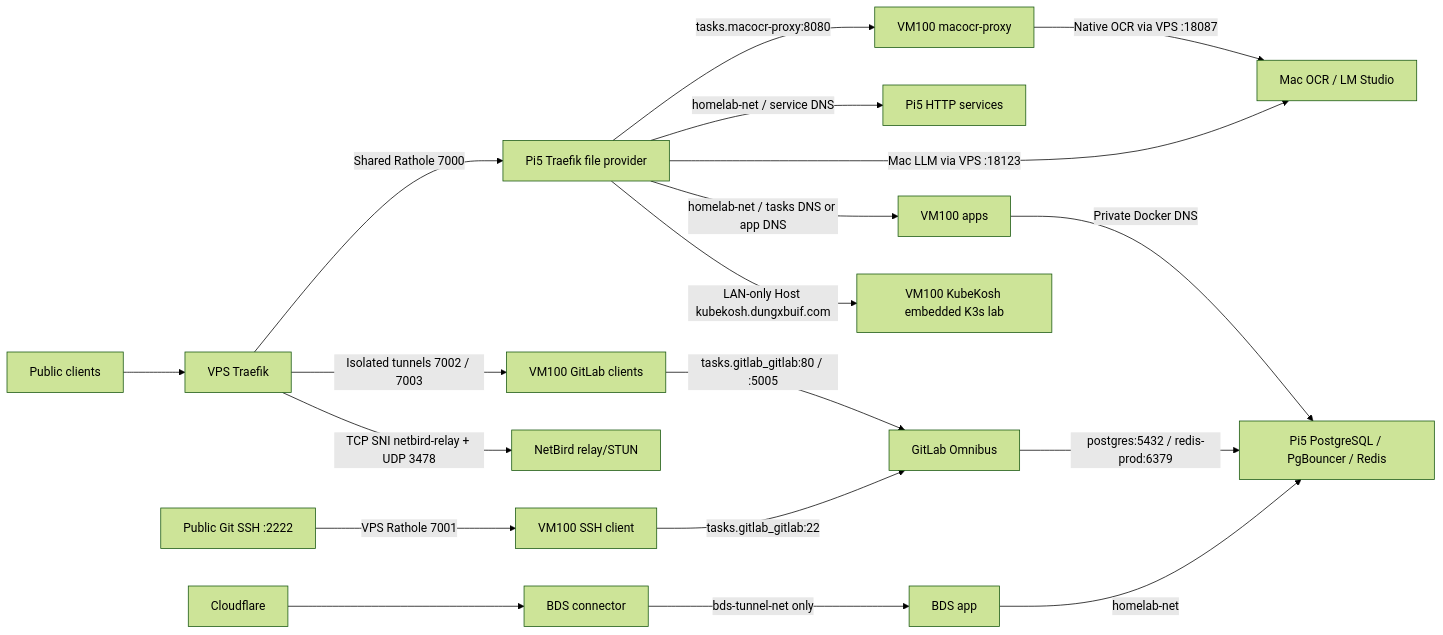
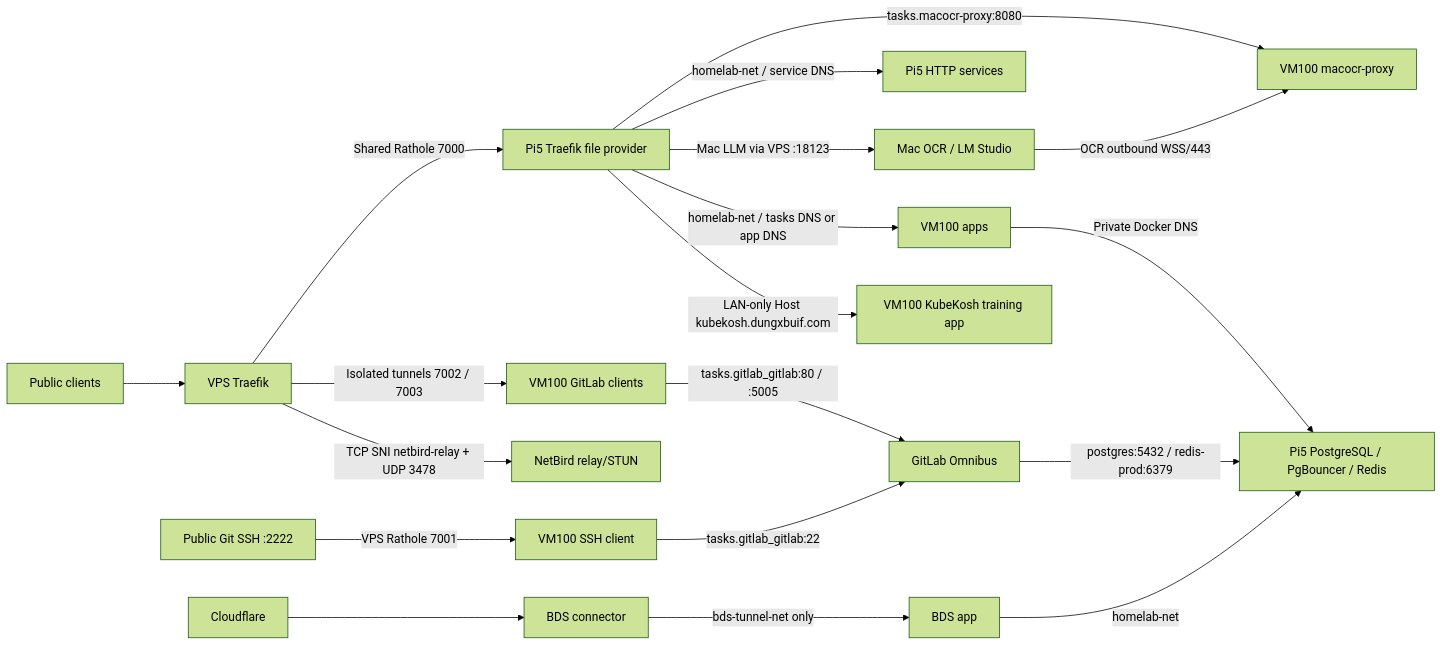
One commit to dungxbuif/Homelab changed the diagram in docs/STACK.md. Above: the diagram before and after it, drawn with Mermaid (forest theme). The commit also changed other lines of this file and 13 other files, not shown here.

````diff
--- a/docs/STACK.md
+++ b/docs/STACK.md
@@ -60,21 +78,21 @@
 ```mermaid
 flowchart LR
   Users[Public clients] --> VPS[VPS Traefik]
   VPS -->|Shared Rathole 7000| Edge[Pi5 Traefik file provider]
   Edge -->|homelab-net / tasks DNS or app DNS| Apps[VM100 apps]
   Edge -->|homelab-net / service DNS| HTTP[Pi5 HTTP services]
   VPS -->|Isolated tunnels 7002 / 7003| Clients[VM100 GitLab clients]
   VPS -->|TCP SNI netbird-relay + UDP 3478| NBRelay[NetBird relay/STUN]
   Clients -->|tasks.gitlab_gitlab:80 / :5005| GitLab[GitLab Omnibus]
   SSH[Public Git SSH :2222] -->|VPS Rathole 7001| GitLabSSH[VM100 SSH client]
   GitLabSSH -->|tasks.gitlab_gitlab:22| GitLab
   Apps -->|Private Docker DNS| Data[Pi5 PostgreSQL / PgBouncer / Redis]
   GitLab -->|postgres:5432 / redis-prod:6379| Data
   Edge -->|tasks.macocr-proxy:8080| OCRProxy[VM100 macocr-proxy]
-  OCRProxy -->|Native OCR via VPS :18087| Mac[Mac OCR / LM Studio]
+  Mac[Mac OCR / LM Studio] -->|OCR outbound WSS/443| OCRProxy
   Edge -->|Mac LLM via VPS :18123| Mac
-  Edge -->|LAN-only Host kubekosh.dungxbuif.com| KubeKosh[VM100 KubeKosh embedded K3s lab]
+  Edge -->|LAN-only Host kubekosh.dungxbuif.com| KubeKosh[VM100 KubeKosh training app]
   CF[Cloudflare] --> BDSConnector[BDS connector]
   BDSConnector -->|bds-tunnel-net only| BDS[BDS app]
   BDS -->|homelab-net| Data
 ```
````
